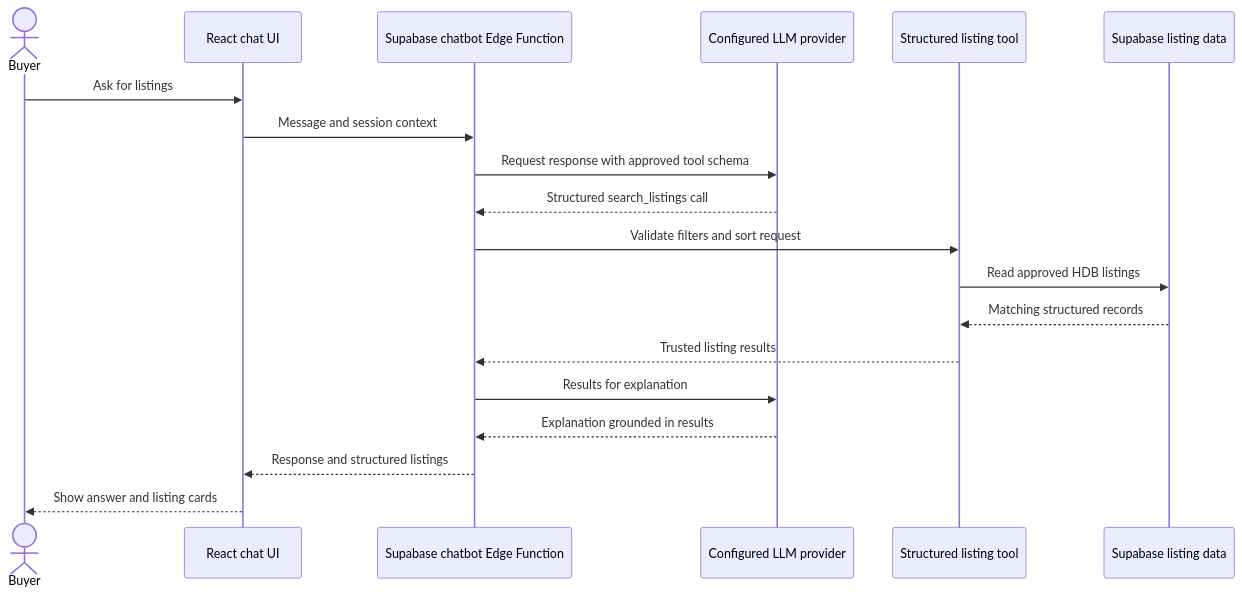
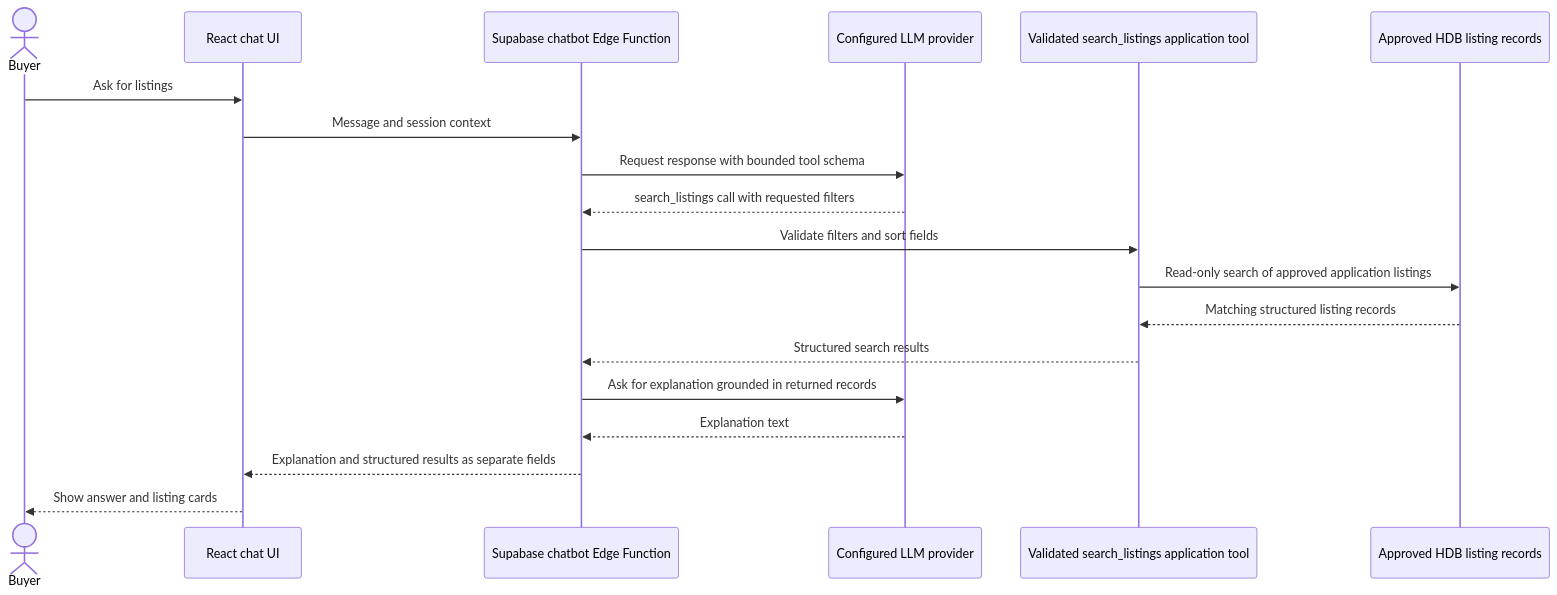
Before and after one commit to Nitecry7/SC3040-Software-Engineering-Project: the first of 2 diagrams in SGHomie/docs/chatbot/README.md, drawn with Mermaid. The commit also changed other lines of this file and 8 other files, not shown here.

Commit message:
Updated README.md with Mermaid Charts

````diff
--- a/SGHomie/docs/chatbot/README.md
+++ b/SGHomie/docs/chatbot/README.md
@@ -9,21 +9,21 @@
 ```mermaid
 sequenceDiagram
     actor Buyer
     participant UI as React chat UI
     participant Edge as Supabase chatbot Edge Function
     participant LLM as Configured LLM provider
-    participant Tool as Structured listing tool
-    participant DB as Supabase listing data
+    participant Tool as Validated search_listings application tool
+    participant DB as Approved HDB listing records
     Buyer->>UI: Ask for listings
     UI->>Edge: Message and session context
-    Edge->>LLM: Request response with approved tool schema
-    LLM-->>Edge: Structured search_listings call
-    Edge->>Tool: Validate filters and sort request
-    Tool->>DB: Read approved HDB listings
-    DB-->>Tool: Matching structured records
-    Tool-->>Edge: Trusted listing results
-    Edge->>LLM: Results for explanation
-    LLM-->>Edge: Explanation grounded in results
-    Edge-->>UI: Response and structured listings
+    Edge->>LLM: Request response with bounded tool schema
+    LLM-->>Edge: search_listings call with requested filters
+    Edge->>Tool: Validate filters and sort fields
+    Tool->>DB: Read-only search of approved application listings
+    DB-->>Tool: Matching structured listing records
+    Tool-->>Edge: Structured search results
+    Edge->>LLM: Ask for explanation grounded in returned records
+    LLM-->>Edge: Explanation text
+    Edge-->>UI: Explanation and structured results as separate fields
     UI-->>Buyer: Show answer and listing cards
 ```
````
